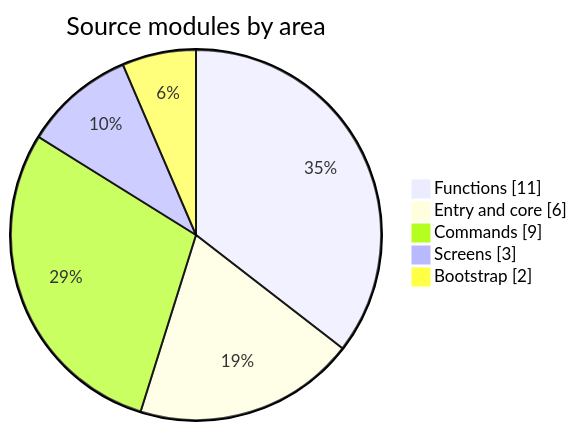
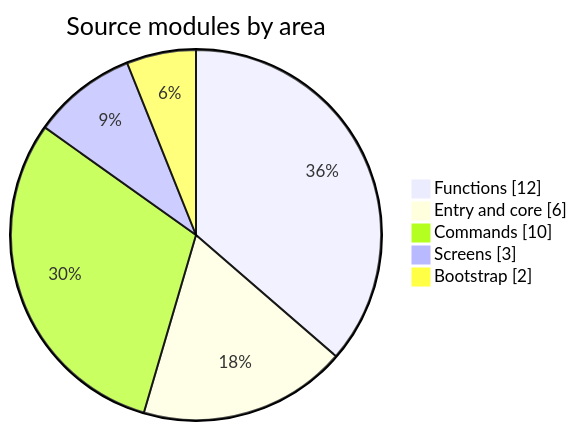
One commit to Armoghans-Organization/Omarchy-Tweaker changed the third of 3 diagrams in docs/architecture.md. Above: the diagram before and after it, drawn with Mermaid. The commit also changed other lines of this file and 21 other files, not shown here.

````diff
--- a/docs/architecture.md
+++ b/docs/architecture.md
@@ -132,9 +141,9 @@
 ```mermaid
 pie showData
     title Source modules by area
-    "Functions" : 11
+    "Functions" : 12
     "Entry and core" : 6
-    "Commands" : 9
+    "Commands" : 10
     "Screens" : 3
     "Bootstrap" : 2
 ```
````
